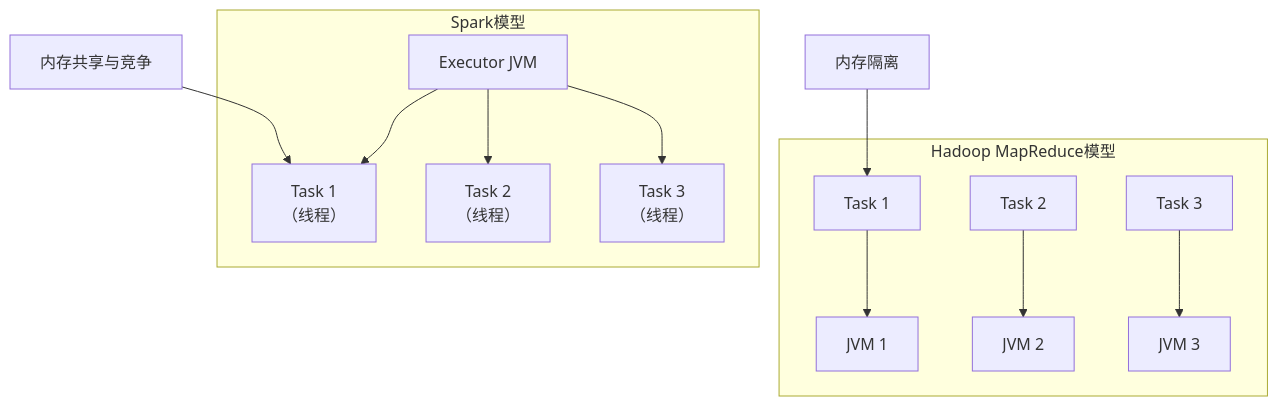
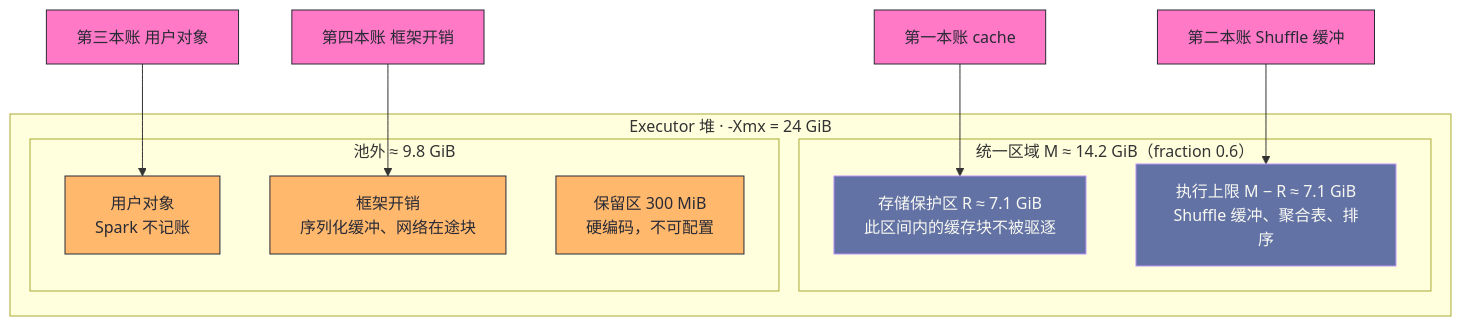
One commit to hpliStartAgain/my-brain changed the first of 5 diagrams in content/大数据/Spark/读书笔记-spark内核/04_存储与容错机制/1. Spark内存管理机制.md. Above: the diagram before and after it, drawn with Mermaid. The commit also changed other lines of this file and 259 other files, not shown here.

````diff
--- a/content/大数据/Spark/读书笔记-spark内核/04_存储与容错机制/1. Spark内存管理机制.md
+++ b/content/大数据/Spark/读书笔记-spark内核/04_存储与容错机制/1. Spark内存管理机制.md
@@ -38,17 +47,25 @@
 ```mermaid
-flowchart TD
-    subgraph "Hadoop MapReduce模型"
-        A["Task 1"] --> B["JVM 1"]
-        C["Task 2"] --> D["JVM 2"]
-        E["Task 3"] --> F["JVM 3"]
+%%{init: {'theme': 'dracula'}}%%
+flowchart TB
+    subgraph HEAP["Executor 堆 · -Xmx = 24 GiB"]
+        subgraph MM["统一区域 M ≈ 14.2 GiB（fraction 0.6）"]
+            R["存储保护区 R ≈ 7.1 GiB<br/>此区间内的缓存块不被驱逐"]
+            E["执行上限 M − R ≈ 7.1 GiB<br/>Shuffle 缓冲、聚合表、排序"]
+        end
+        subgraph OUT["池外 ≈ 9.8 GiB"]
+            U["用户对象<br/>Spark 不记账"]
+            F["框架开销<br/>序列化缓冲、网络在途块"]
+            S["保留区 300 MiB<br/>硬编码，不可配置"]
+        end
     end
-    
-    subgraph "Spark模型"
-        G["Executor JVM"] --> H["Task 1<br>（线程）"]
-        G --> I["Task 2<br>（线程）"]
-        G --> J["Task 3<br>（线程）"]
-    end
-    
-    K["内存隔离"] --> A
-    L["内存共享与竞争"] --> H
+    A["第一本账 cache"] --> R
+    B["第二本账 Shuffle 缓冲"] --> E
+    C["第三本账 用户对象"] --> U
+    D["第四本账 框架开销"] --> F
+    classDef acct fill:#ff79c6,stroke:#282a36,color:#282a36
+    classDef pool fill:#6272a4,stroke:#bd93f9,color:#f8f8f2
+    classDef out fill:#ffb86c,stroke:#282a36,color:#282a36
+    class A,B,C,D acct
+    class R,E pool
+    class U,F,S out
 ```
````
